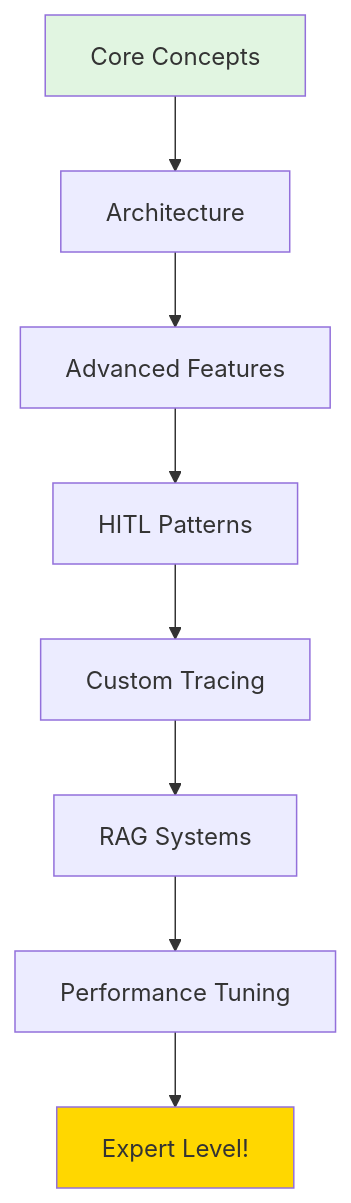
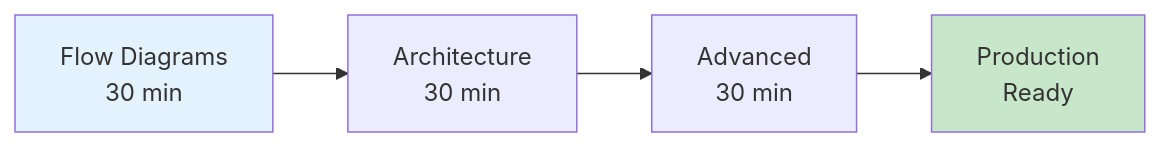
Before and after one commit to Manoj-tawk/tawk-agents-sdk: the second of 3 diagrams in docs/README.md, drawn with Mermaid. The commit also changed other lines of this file and 32 other files, not shown here.

````diff
--- a/docs/README.md
+++ b/docs/README.md
@@ -212,13 +67,9 @@
 ```mermaid
-graph TD
-    A[Core Concepts] --> B[Architecture]
-    B --> C[Advanced Features]
-    C --> D[HITL Patterns]
-    D --> E[Custom Tracing]
-    E --> F[RAG Systems]
-    F --> G[Performance Tuning]
-    G --> H[Expert Level!]
+flowchart LR
+    A[Flow Diagrams<br/>30 min] --> B[Architecture<br/>30 min]
+    B --> C[Advanced<br/>30 min]
+    C --> D[Production<br/>Ready]
     
-    style A fill:#e1f5e1
-    style H fill:#ffd700
+    style A fill:#e3f2fd
+    style D fill:#c8e6c9
 ```
````
